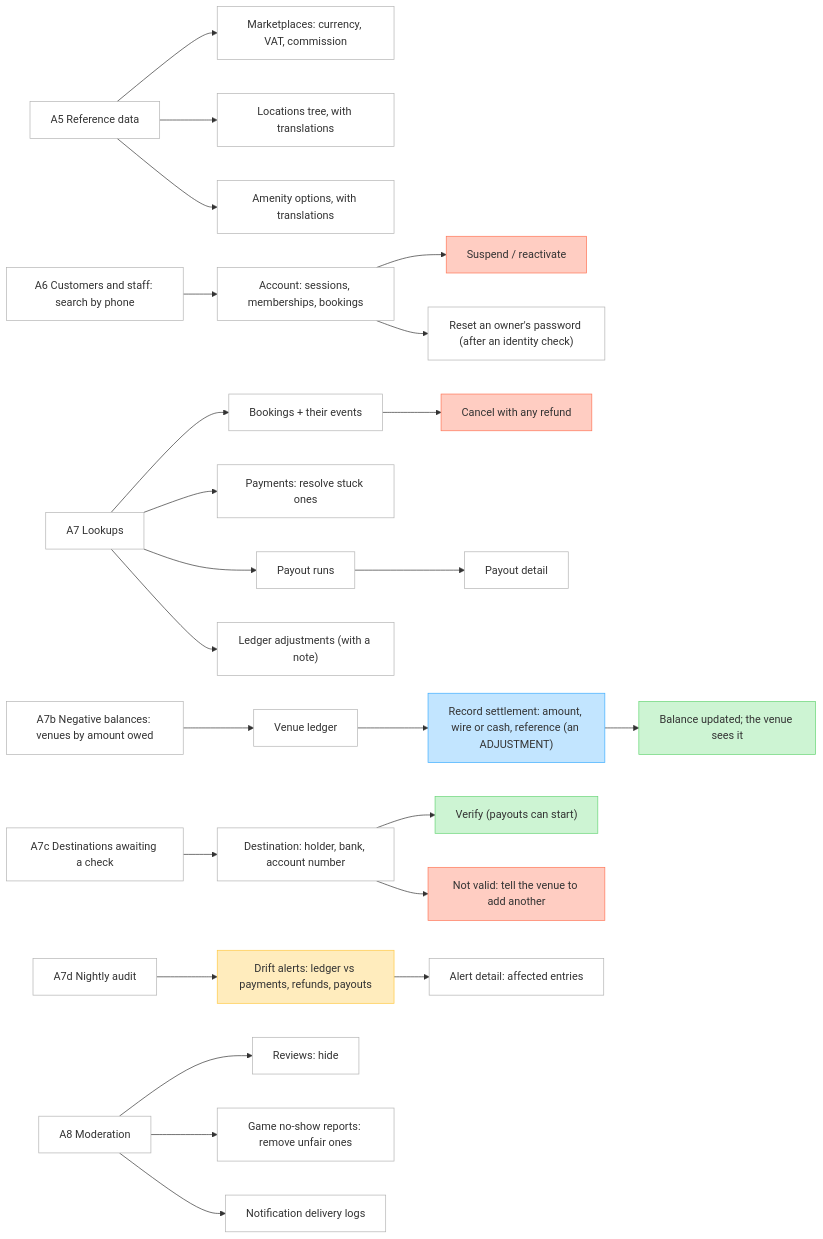
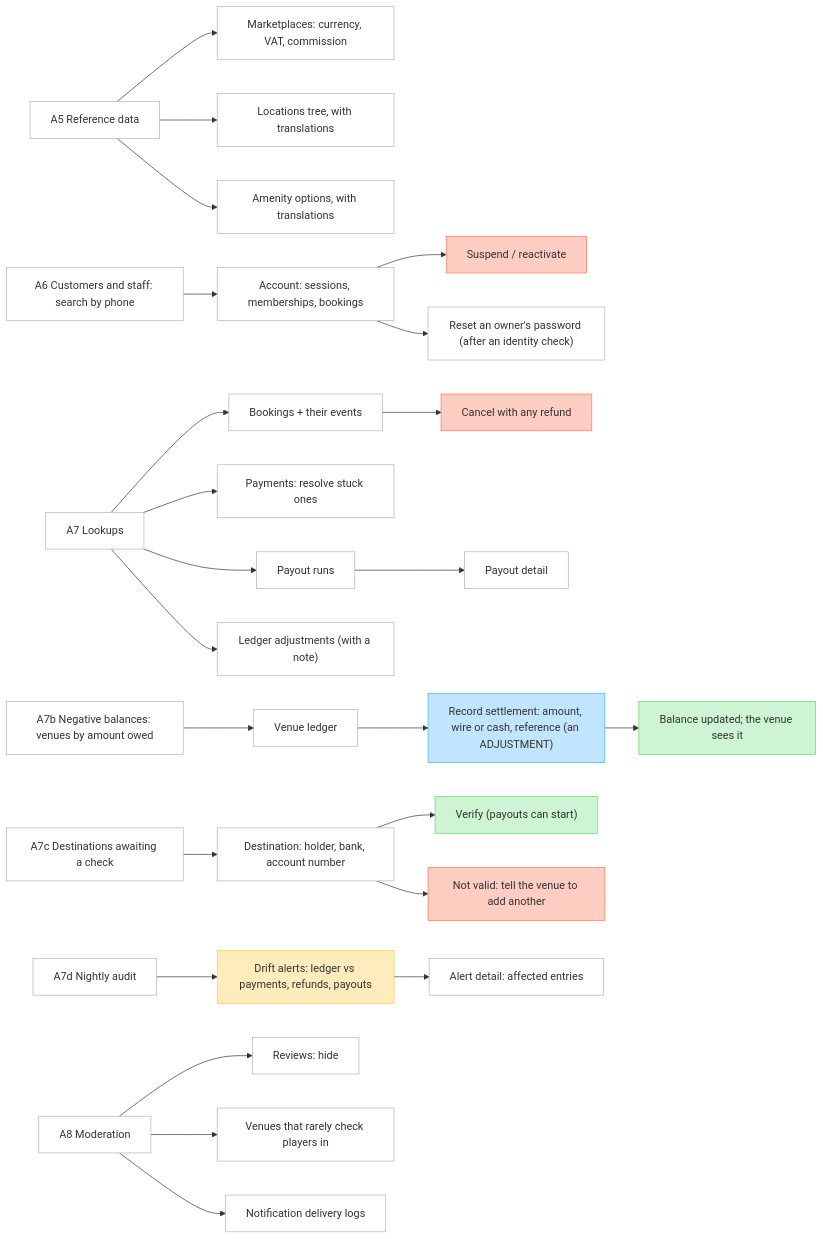
Diagram 30 of 30 in docs/flows.md (ammarsarhan/hagz), drawn with Mermaid before and after one commit. The commit also changed other lines of this file and 2 other files, not shown here.

Commit message:
Describe QR check-in in the listings design, plan and flows

````diff
--- a/docs/flows.md
+++ b/docs/flows.md
@@ -578,26 +578,26 @@
 ```mermaid
 flowchart LR
   classDef default fill:#FFFFFF,stroke:#B3B3B3
   classDef state fill:#FFECBD,stroke:#FFC943
   classDef sheet fill:#C2E5FF,stroke:#3DADFF
   classDef result fill:#CDF4D3,stroke:#66D575
   classDef danger fill:#FFCDC2,stroke:#FF7556
   reference["A5 Reference data"] --> markets["Marketplaces: currency, VAT, commission"]
   reference --> locations["Locations tree, with translations"]
   reference --> amenityOptions["Amenity options, with translations"]
   people["A6 Customers and staff: search by phone"] --> person["Account: sessions, memberships, bookings"]
   person --> suspend["Suspend / reactivate"]:::danger
   person --> ownerReset["Reset an owner's password (after an identity check)"]
   lookups["A7 Lookups"] --> bookings["Bookings + their events"] --> anyRefund["Cancel with any refund"]:::danger
   lookups --> payments["Payments: resolve stuck ones"]
   lookups --> runs["Payout runs"] --> payout["Payout detail"]
   lookups --> adjust["Ledger adjustments (with a note)"]
   owed["A7b Negative balances: venues by amount owed"] --> ledger["Venue ledger"] --> settle["Record settlement: amount, wire or cash, reference (an ADJUSTMENT)"]:::sheet --> updated["Balance updated; the venue sees it"]:::result
   destinations["A7c Destinations awaiting a check"] --> destination["Destination: holder, bank, account number"]
   destination --> verify["Verify (payouts can start)"]:::result
   destination --> invalid["Not valid: tell the venue to add another"]:::danger
   audit["A7d Nightly audit"] --> drift["Drift alerts: ledger vs payments, refunds, payouts"]:::state --> affected["Alert detail: affected entries"]
   moderation["A8 Moderation"] --> hide["Reviews: hide"]
-  moderation --> reports["Game no-show reports: remove unfair ones"]
+  moderation --> reports["Venues that rarely check players in"]
   moderation --> logs["Notification delivery logs"]
 ```
````
